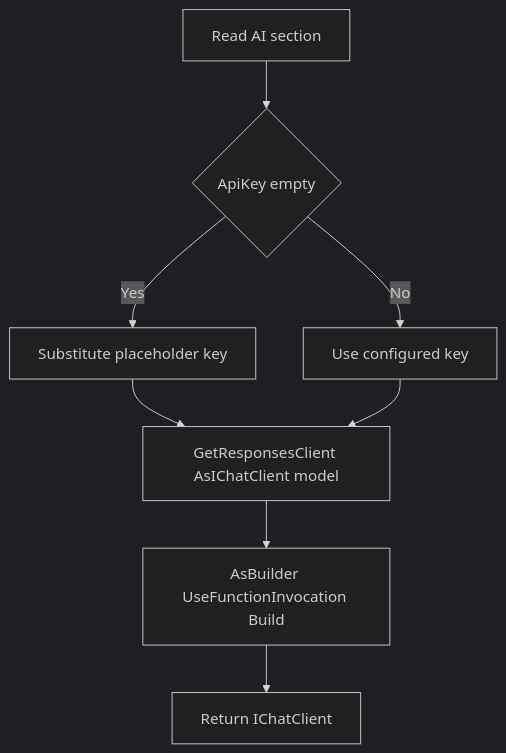
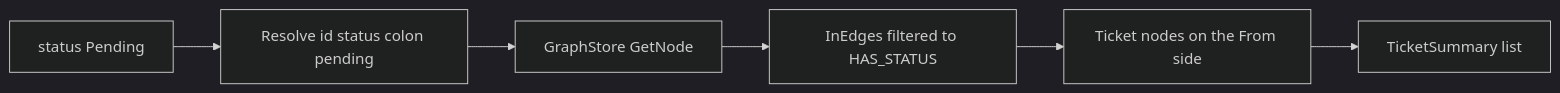
One commit to ADefWebserver/Syncfusion-Lightweight-Knowledge-Graphs-Succinctly changed the second of 3 diagrams in docs/03-graph-chat.md. Above: the diagram before and after it, drawn with Mermaid (dark theme). The commit also changed other lines of this file and 3 other files, not shown here.

````diff
--- a/docs/03-graph-chat.md
+++ b/docs/03-graph-chat.md
@@ -101,10 +169,8 @@
 ```mermaid
-flowchart TD
-    Read[Read AI section] --> Key{ApiKey empty}
-    Key -- Yes --> Placeholder[Substitute placeholder key]
-    Key -- No --> Real[Use configured key]
-    Placeholder --> Responses[GetResponsesClient AsIChatClient model]
-    Real --> Responses
-    Responses --> Builder[AsBuilder UseFunctionInvocation Build]
-    Builder --> Client[Return IChatClient]
+flowchart LR
+    Q[status Pending] --> Id[Resolve id status colon pending]
+    Id --> Node[GraphStore GetNode]
+    Node --> In[InEdges filtered to HAS_STATUS]
+    In --> Tickets[Ticket nodes on the From side]
+    Tickets --> Dto[TicketSummary list]
 ```
````
